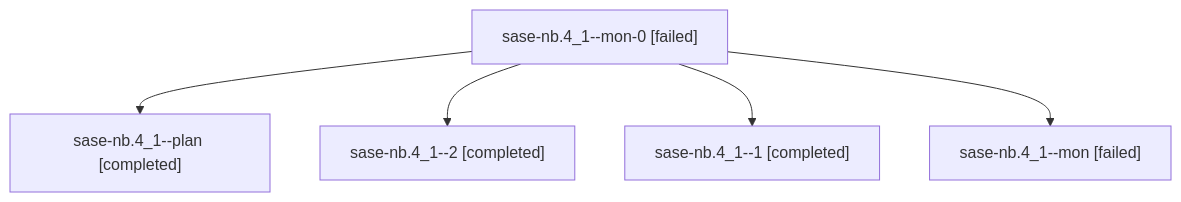
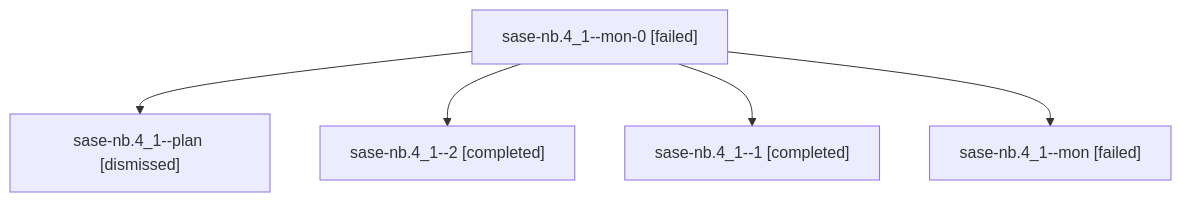
The diagram in families/bbugyi200.athena.sase-nb.4_1.md (sase-org/sase--agents), drawn with Mermaid before and after one commit. The commit also changed other lines of this file and 287 other files, not shown here.

````diff
--- a/families/bbugyi200.athena.sase-nb.4_1.md
+++ b/families/bbugyi200.athena.sase-nb.4_1.md
@@ -9,12 +9,12 @@
 ```mermaid
 flowchart TD
   n0["sase-nb.4_1--mon-0 [failed]"]
-  n1["sase-nb.4_1--plan [completed]"]
+  n1["sase-nb.4_1--plan [dismissed]"]
   n0 --> n1
   n2["sase-nb.4_1--2 [completed]"]
   n0 --> n2
   n3["sase-nb.4_1--1 [completed]"]
   n0 --> n3
   n4["sase-nb.4_1--mon [failed]"]
   n0 --> n4
 ```
````
